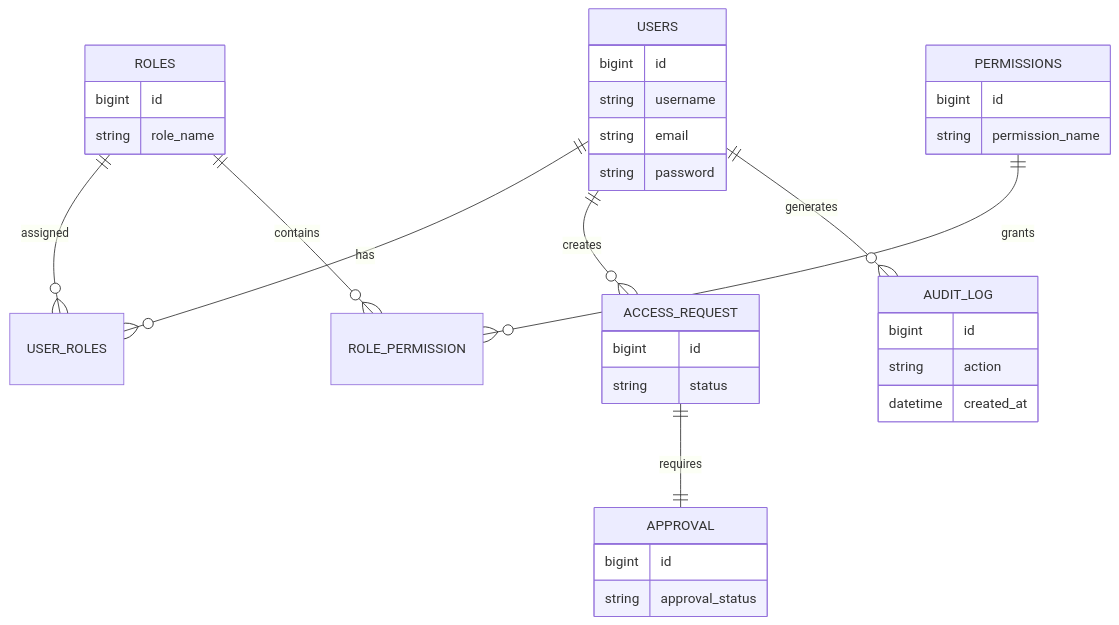
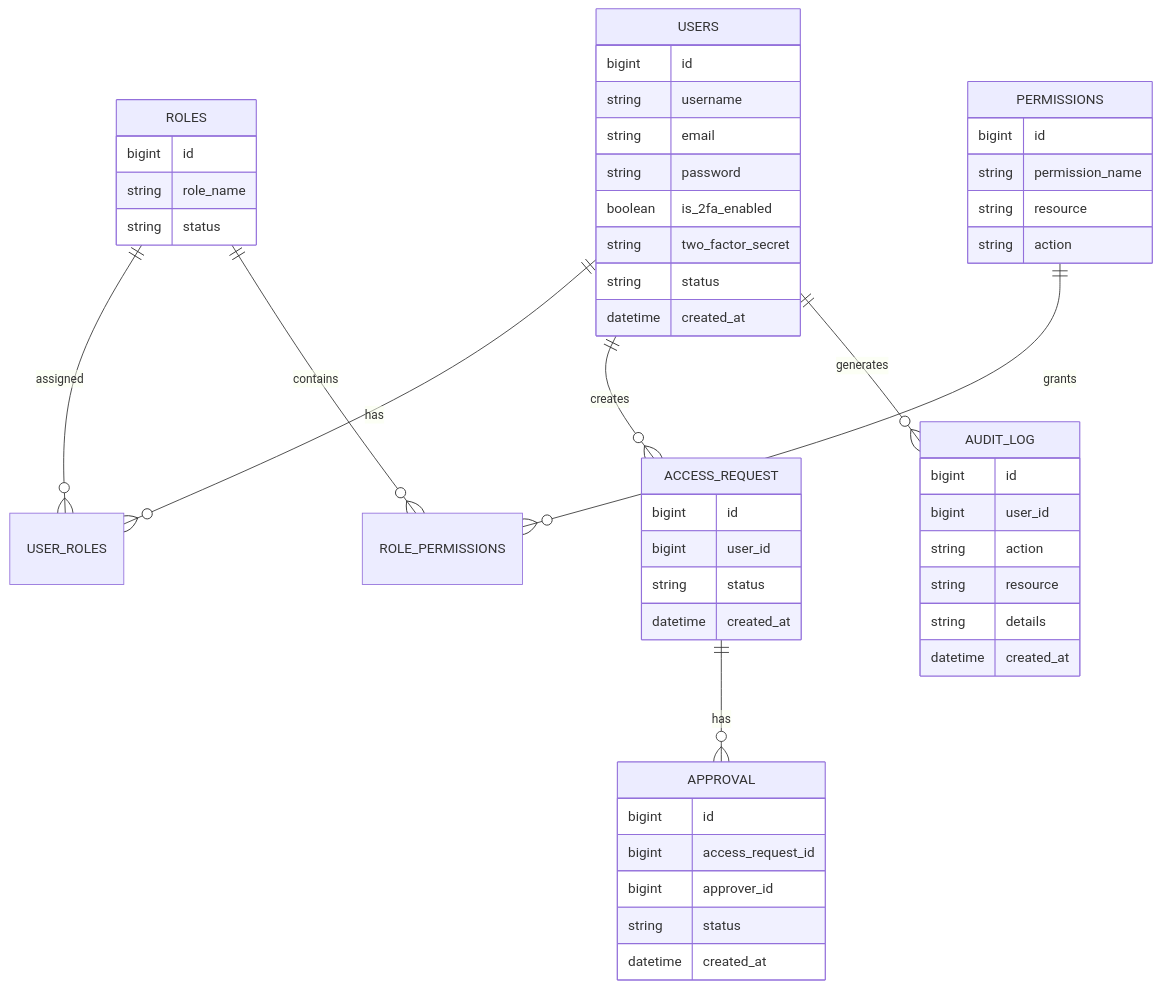
Diagram 11 of 13 in README.md (MotionPrograming/AuthorizationManagementSystem), drawn with Mermaid before and after one commit. The commit also changed other lines of this file, not shown here.

````diff
--- a/README.md
+++ b/README.md
@@ -670,84 +714,61 @@
 ```mermaid
 erDiagram
 
+    USERS ||--o{ USER_ROLES : has
+    ROLES ||--o{ USER_ROLES : assigned
+    ROLES ||--o{ ROLE_PERMISSIONS : contains
+    PERMISSIONS ||--o{ ROLE_PERMISSIONS : grants
 
-USERS ||--o{ USER_ROLES : has
+    USERS ||--o{ ACCESS_REQUEST : creates
+    ACCESS_REQUEST ||--o{ APPROVAL : has
 
-ROLES ||--o{ USER_ROLES : assigned
+    USERS ||--o{ AUDIT_LOG : generates
 
-ROLES ||--o{ ROLE_PERMISSION : contains
+    USERS {
+        bigint id
+        string username
+        string email
+        string password
+        boolean is_2fa_enabled
+        string two_factor_secret
+        string status
+        datetime created_at
+    }
 
-PERMISSIONS ||--o{ ROLE_PERMISSION : grants
+    ROLES {
+        bigint id
+        string role_name
+        string status
+    }
 
-USERS ||--o{ ACCESS_REQUEST : creates
+    PERMISSIONS {
+        bigint id
+        string permission_name
+        string resource
+        string action
+    }
 
-ACCESS_REQUEST ||--|| APPROVAL : requires
+    ACCESS_REQUEST {
+        bigint id
+        bigint user_id
+        string status
+        datetime created_at
+    }
 
-USERS ||--o{ AUDIT_LOG : generates
+    APPROVAL {
+        bigint id
+        bigint access_request_id
+        bigint approver_id
+        string status
+        datetime created_at
+    }
 
-
-
-USERS {
-
-bigint id
-
-string username
-
-string email
-
-string password
-
-}
-
-
-
-ROLES {
-
-bigint id
-
-string role_name
-
-}
-
-
-
-PERMISSIONS {
-
-bigint id
-
-string permission_name
-
-}
-
-
-
-ACCESS_REQUEST {
-
-bigint id
-
-string status
-
-}
-
-
-
-APPROVAL {
-
-bigint id
-
-string approval_status
-
-}
-
-
-
-AUDIT_LOG {
-
-bigint id
-
-string action
-
-datetime created_at
-
-}
+    AUDIT_LOG {
+        bigint id
+        bigint user_id
+        string action
+        string resource
+        string details
+        datetime created_at
+    }
 ```
````
